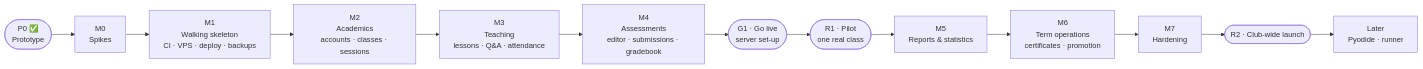
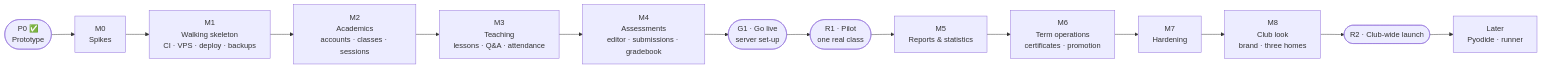
Before and after one commit to codingspacekh/cckhlms: the diagram in docs/05-milestones.md, drawn with Mermaid. The commit also changed other lines of this file and 20 other files, not shown here.

First line of the commit message:
M8 PR 1: club brand — Champion Coders logo, dark blue sidebar, Titillium Web, kid-friendly sizes (#40)

````diff
--- a/docs/05-milestones.md
+++ b/docs/05-milestones.md
@@ -15,15 +15,16 @@
 ```mermaid
 flowchart LR
   P0(["P0 ✅<br/>Prototype"]) --> M0["M0<br/>Spikes"]
   M0 --> M1["M1<br/>Walking skeleton<br/>CI · VPS · deploy · backups"]
   M1 --> M2["M2<br/>Academics<br/>accounts · classes · sessions"]
   M2 --> M3["M3<br/>Teaching<br/>lessons · Q&A · attendance"]
   M3 --> M4["M4<br/>Assessments<br/>editor · submissions · gradebook"]
   M4 --> G1(["G1 · Go live<br/>server set-up"])
   G1 --> R1(["R1 · Pilot<br/>one real class"])
   R1 --> M5["M5<br/>Reports & statistics"]
   M5 --> M6["M6<br/>Term operations<br/>certificates · promotion"]
   M6 --> M7["M7<br/>Hardening"]
-  M7 --> R2(["R2 · Club-wide launch"])
+  M7 --> M8["M8<br/>Club look<br/>brand · three homes"]
+  M8 --> R2(["R2 · Club-wide launch"])
   R2 --> L["Later<br/>Pyodide · runner"]
 ```
````
